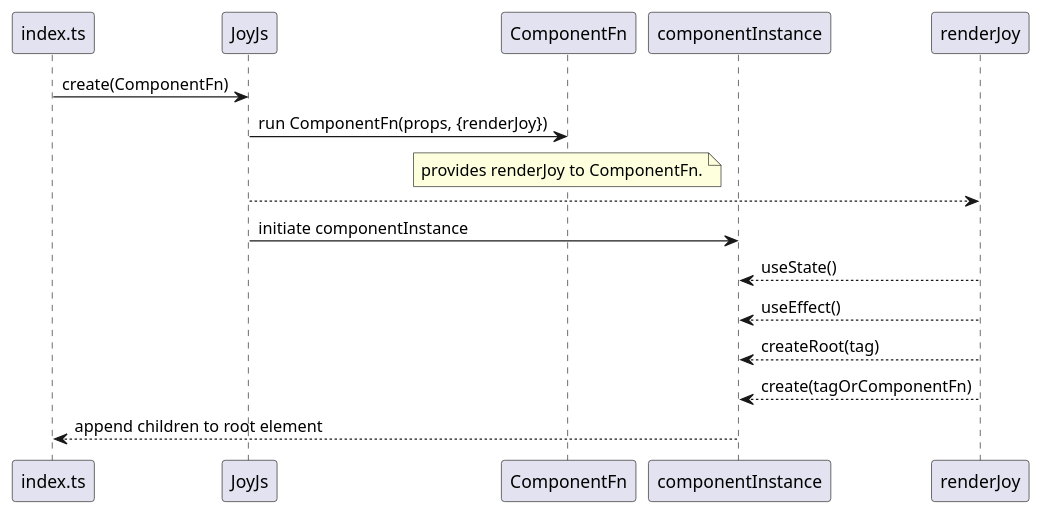
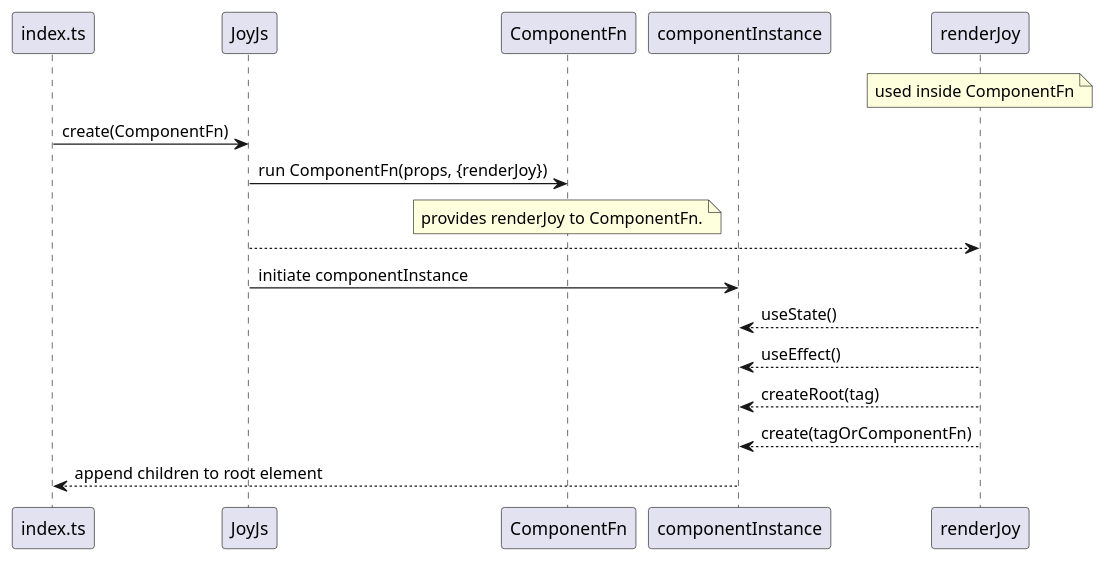
One commit to paraslov/joyjs changed the diagram in src/docs/joy-js.puml. Above: the diagram before and after it, drawn with PlantUML.

Commit message:
JJS-7 (docs): update joy-js.puml

```diff
--- a/src/docs/joy-js.puml
+++ b/src/docs/joy-js.puml
@@ -1,20 +1,20 @@
 @startuml
 participant index.ts
 participant JoyJs
 participant ComponentFn
 participant componentInstance
 participant renderJoy
 
-
+note over renderJoy: used inside ComponentFn
 index.ts -> JoyJs: create(ComponentFn)
 JoyJs -> ComponentFn: run ComponentFn(props, {renderJoy})
 note over ComponentFn: provides renderJoy to ComponentFn.
 JoyJs --> renderJoy
 JoyJs -> componentInstance: initiate componentInstance
 componentInstance <-- renderJoy: useState()
 componentInstance <-- renderJoy: useEffect()
 componentInstance <-- renderJoy: createRoot(tag)
 componentInstance <-- renderJoy: create(tagOrComponentFn)
 componentInstance --> index.ts: append children to root element
 
 @enduml
```
